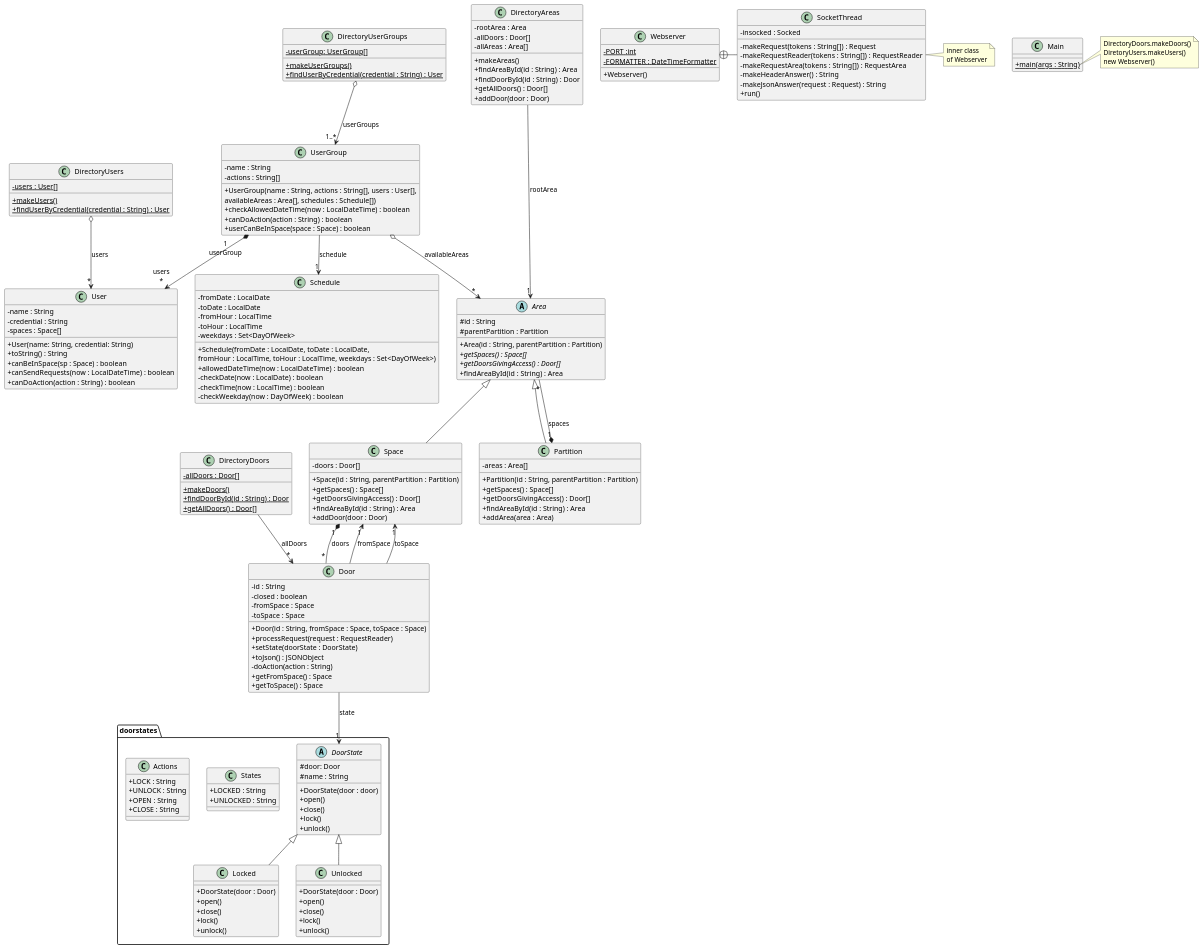
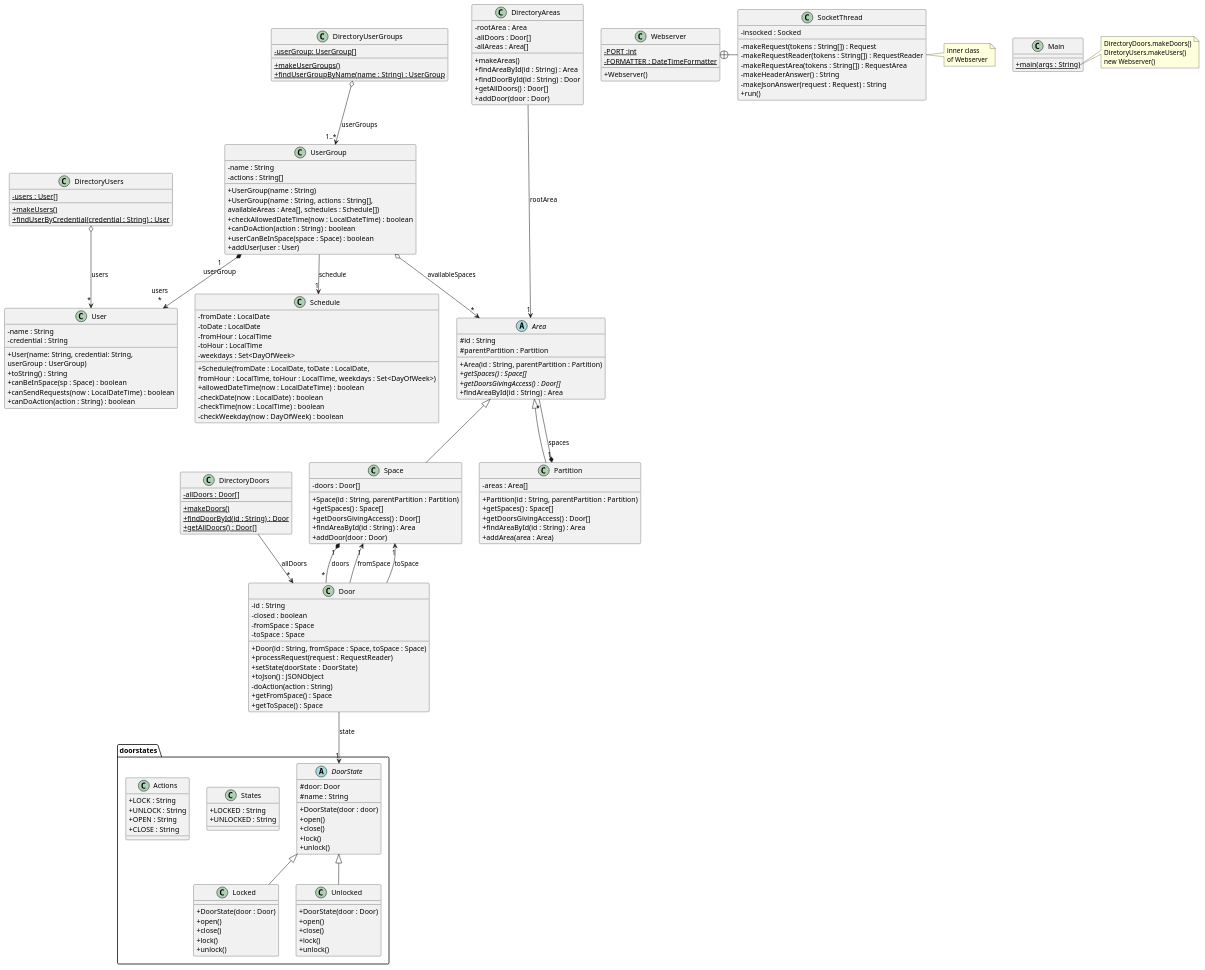
One commit to leonhrt/DSW-ACS changed the diagram in src/baseNoStates/uml/base_no_states.puml. Above: the diagram before and after it, drawn with PlantUML. The commit also changed 3 other files, not shown here.

Commit message:
uml updated + attributes visibility changed to private

```diff
--- a/src/baseNoStates/uml/base_no_states.puml
+++ b/src/baseNoStates/uml/base_no_states.puml
@@ -129,8 +129,8 @@
 class User {
 - name : String
 - credential : String
--spaces : Space[]
-+ User(name: String, credential: String)
++ User(name: String, credential: String,
+userGroup : UserGroup)
 + toString() : String
 + canBeInSpace(sp : Space) : boolean
 + canSendRequests(now : LocalDateTime) : boolean
@@ -149,17 +149,19 @@
 class DirectoryUserGroups {
 - {static} userGroup: UserGroup[]
 + {static} makeUserGroups()
-+ {static} findUserByCredential(credential : String) : User
++ {static} findUserGroupByName(name : String) : UserGroup
 }
 
 class UserGroup {
 - name : String
 - actions : String[]
-+ UserGroup(name : String, actions : String[], users : User[],
- availableAreas : Area[], schedules : Schedule[])
++ UserGroup(name : String)
++ UserGroup(name : String, actions : String[],
+availableAreas : Area[], schedules : Schedule[])
 + checkAllowedDateTime(now : LocalDateTime) : boolean
 + canDoAction(action : String) : boolean
 + userCanBeInSpace(space : Space) : boolean
++ addUser(user : User)
 }
 
 class Schedule {
@@ -202,7 +204,7 @@
 DirectoryUserGroups o--> "1..*" UserGroup : userGroups
 UserGroup "1\nuserGroup" *--> "users\n*" User
 DirectoryDoors --> "*" Door : "allDoors"
-UserGroup o--> "*" Area : availableAreas
+UserGroup o--> "*" Area : availableSpaces
 UserGroup --> "1" Schedule : schedule
 DirectoryUsers o--> "*" User : users
 
```
